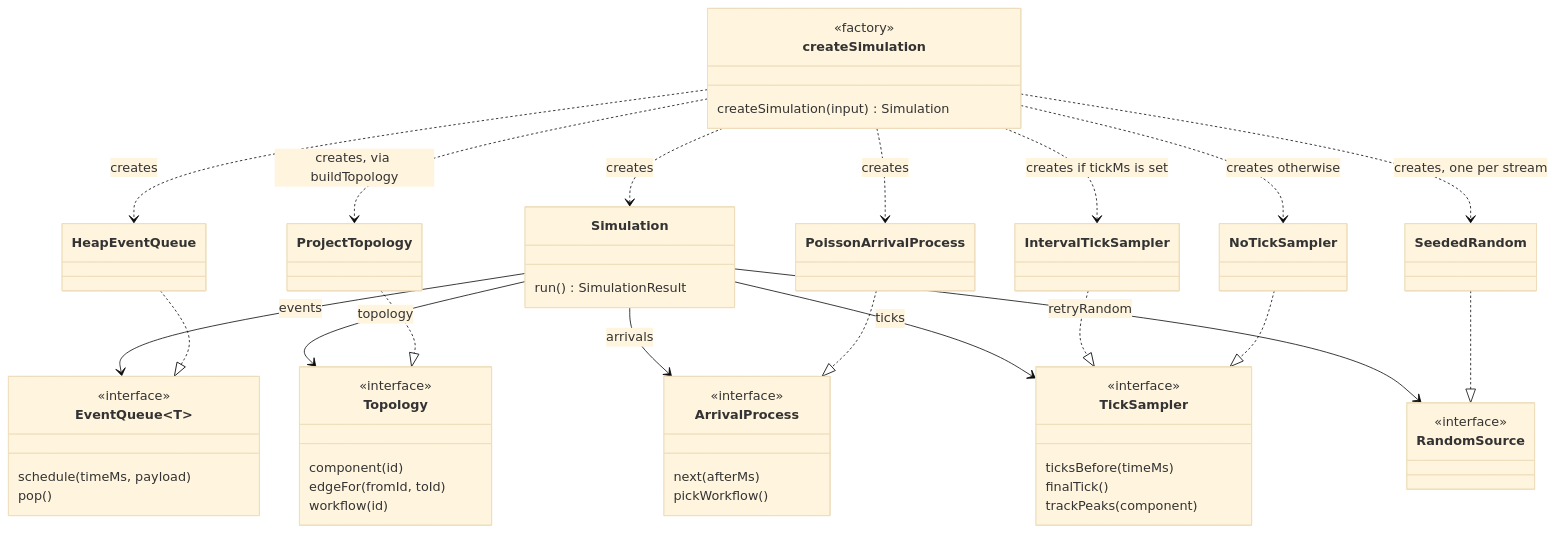
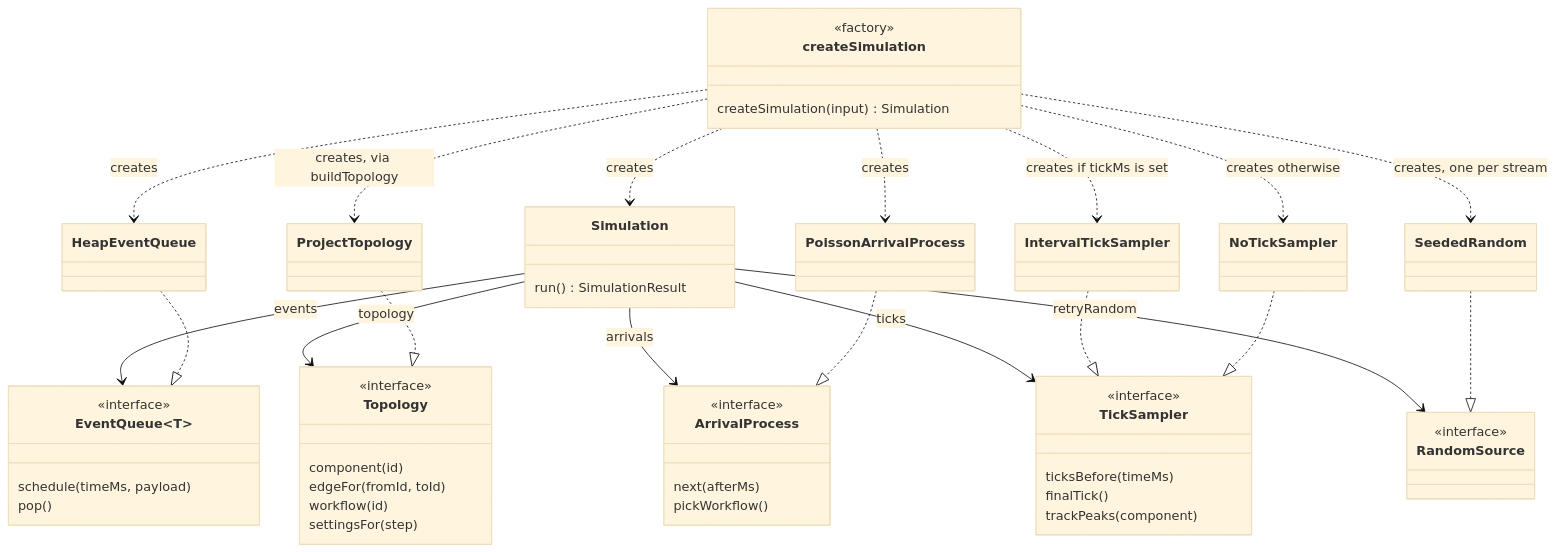
The sixth of 7 diagrams in docs/architecture/simulation-engine.md (alanbickel/wind-tunnel), drawn with Mermaid (base theme) before and after one commit. The commit also changed other lines of this file and 46 other files, not shown here.

Commit message:
feat(domain): pass a step's request settings to the component's arrive (#307)

````diff
--- a/docs/architecture/simulation-engine.md
+++ b/docs/architecture/simulation-engine.md
@@ -207,54 +207,55 @@
 ```mermaid
 classDiagram
     direction TB
     class createSimulation {
         <<factory>>
         createSimulation(input) Simulation
     }
     class Simulation {
         run() SimulationResult
     }
     class EventQueue~T~ {
         <<interface>>
         schedule(timeMs, payload)
         pop()
     }
     class Topology {
         <<interface>>
         component(id)
         edgeFor(fromId, toId)
         workflow(id)
+        settingsFor(step)
     }
     class ArrivalProcess {
         <<interface>>
         next(afterMs)
         pickWorkflow()
     }
     class TickSampler {
         <<interface>>
         ticksBefore(timeMs)
         finalTick()
         trackPeaks(component)
     }
     class RandomSource {
         <<interface>>
     }
     Simulation --> EventQueue : events
     Simulation --> Topology : topology
     Simulation --> ArrivalProcess : arrivals
     Simulation --> TickSampler : ticks
     Simulation --> RandomSource : retryRandom
     HeapEventQueue ..|> EventQueue
     ProjectTopology ..|> Topology
     PoissonArrivalProcess ..|> ArrivalProcess
     IntervalTickSampler ..|> TickSampler
     NoTickSampler ..|> TickSampler
     SeededRandom ..|> RandomSource
     createSimulation ..> Simulation : creates
     createSimulation ..> HeapEventQueue : creates
     createSimulation ..> ProjectTopology : creates, via buildTopology
     createSimulation ..> PoissonArrivalProcess : creates
     createSimulation ..> IntervalTickSampler : creates if tickMs is set
     createSimulation ..> NoTickSampler : creates otherwise
     createSimulation ..> SeededRandom : creates, one per stream
 ```
````
